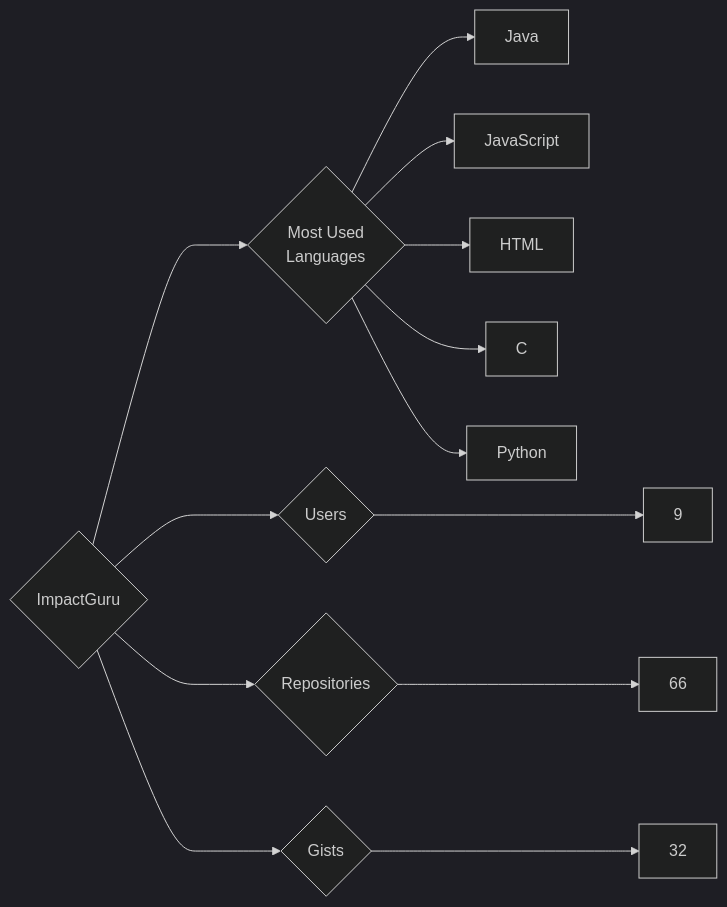
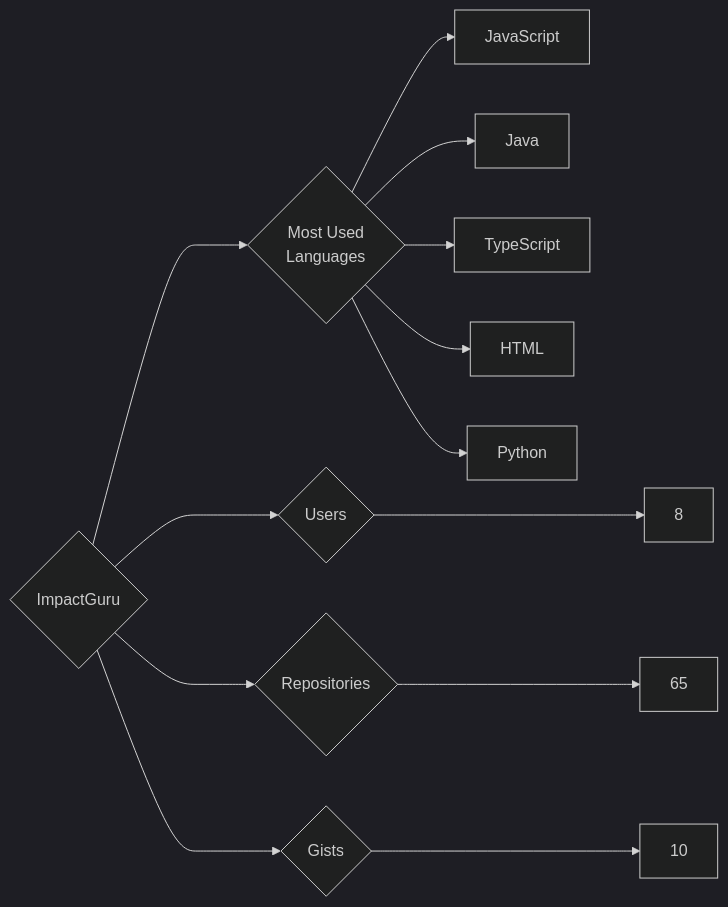
Before and after one commit to trickest/insiders: the diagram in targets/ImpactGuru/README.md, drawn with Mermaid (dark theme). The commit also changed 611 other files, not shown here.

````diff
--- a/targets/ImpactGuru/README.md
+++ b/targets/ImpactGuru/README.md
@@ -3,13 +3,13 @@
 ```mermaid
 graph LR
 COMPANY_NAME{ImpactGuru}
-COMPANY_NAME ---> U{Users} ---> UN[9]
-COMPANY_NAME ---> R{Repositories} ---> RN[66]
-COMPANY_NAME ---> G{Gists} ---> GN[32]
+COMPANY_NAME ---> U{Users} ---> UN[8]
+COMPANY_NAME ---> R{Repositories} ---> RN[65]
+COMPANY_NAME ---> G{Gists} ---> GN[10]
 COMPANY_NAME ---> ML{Most Used<br>Languages}
+ML --> JavaScript[JavaScript]
 ML --> Java[Java]
-ML --> JavaScript[JavaScript]
+ML --> TypeScript[TypeScript]
 ML --> HTML[HTML]
-ML --> C[C]
 ML --> Python[Python]
 ```
````
